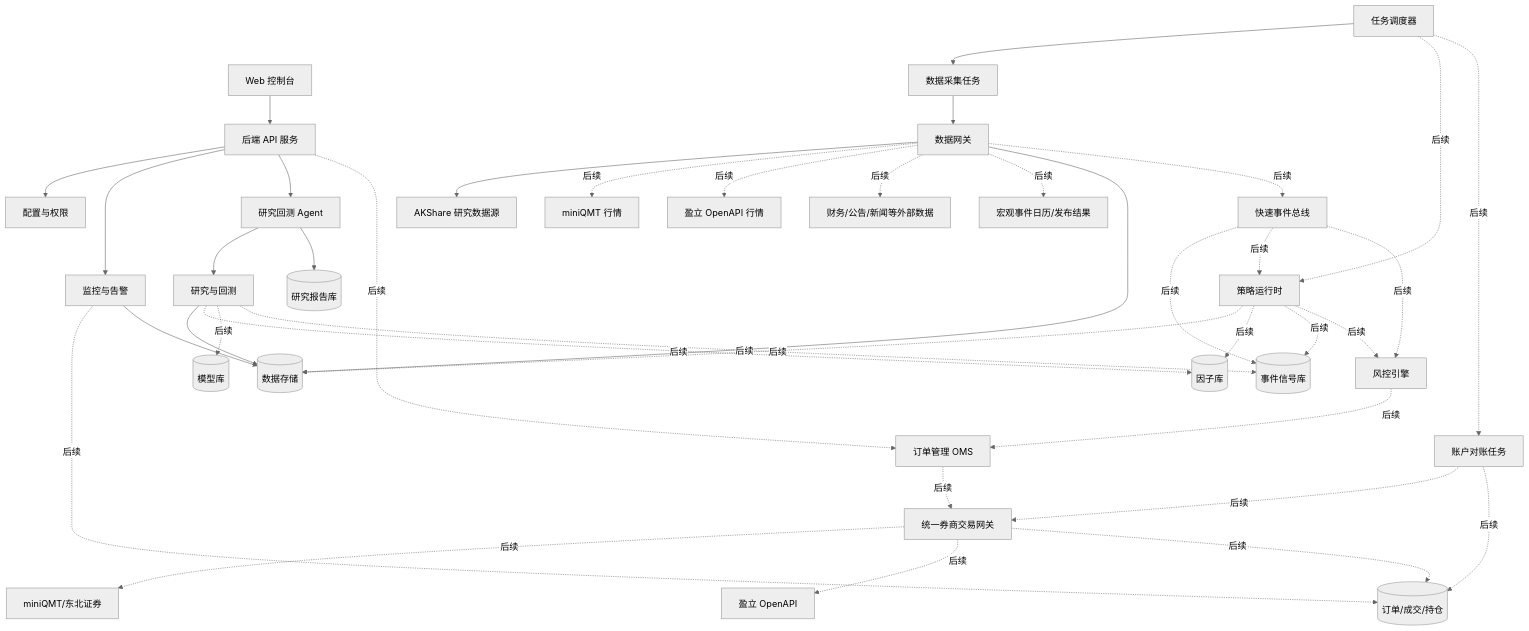
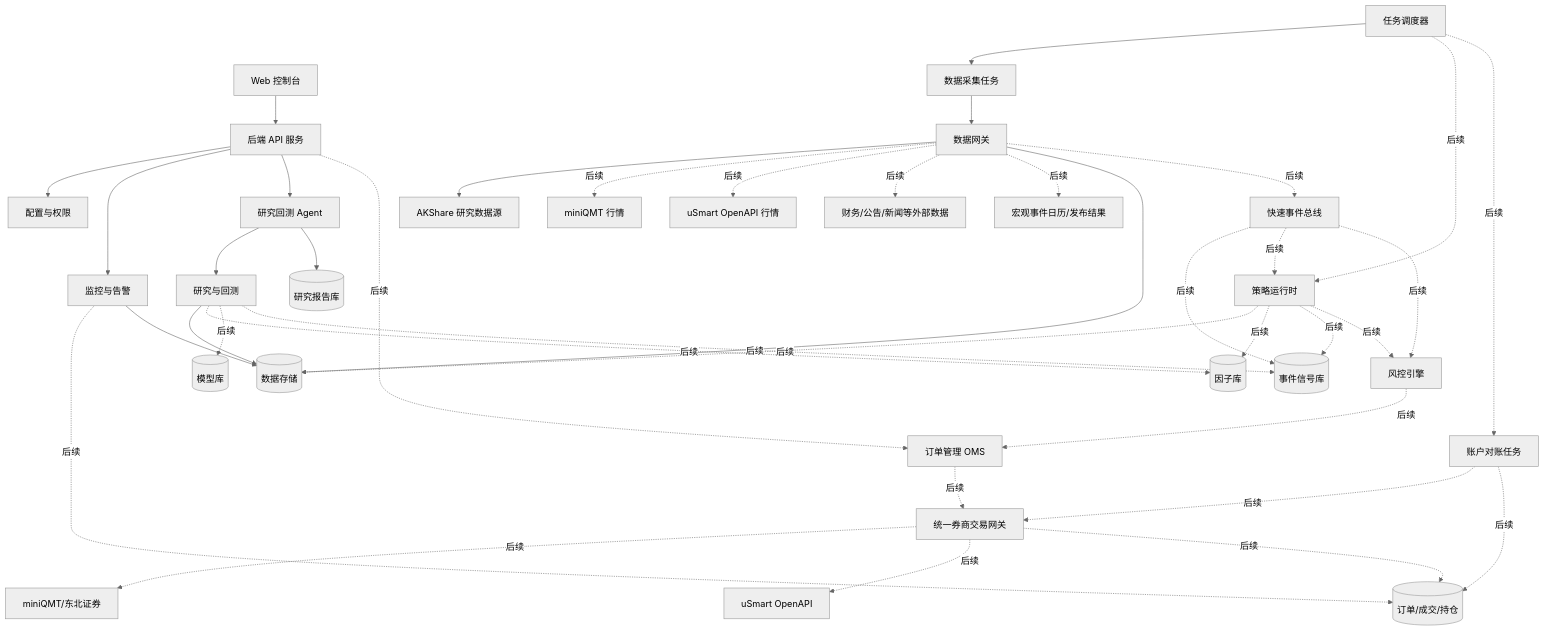
The second of 8 diagrams in docs/00-project/01-architecture.md (lyty1997/Augur_Maestro), drawn with Mermaid (neutral theme) before and after one commit. The commit also changed other lines of this file and 11 other files, not shown here.

Commit message:
fix: 修改‘YingLi’ 为‘uSmart’

````diff
--- a/docs/00-project/01-architecture.md
+++ b/docs/00-project/01-architecture.md
@@ -108,47 +108,47 @@
 ```mermaid
 flowchart TB
     UI[Web 控制台] --> API[后端 API 服务]
     API --> Config[配置与权限]
     API --> Monitor[监控与告警]
     API --> ResearchAgent[研究回测 Agent]
     API -.后续.-> OMS[订单管理 OMS]
 
     Scheduler[任务调度器] --> DataJobs[数据采集任务]
     Scheduler -.后续.-> StrategyRuntime[策略运行时]
     Scheduler -.后续.-> Reconcile[账户对账任务]
 
     DataJobs --> DataGateway[数据网关]
     DataGateway --> AkShareData[AKShare 研究数据源]
     DataGateway -.后续.-> MiniQMTData[miniQMT 行情]
-    DataGateway -.后续.-> YingLiData[盈立 OpenAPI 行情]
+    DataGateway -.后续.-> uSmartData[uSmart OpenAPI 行情]
     DataGateway -.后续.-> ExternalData[财务/公告/新闻等外部数据]
     DataGateway -.后续.-> MacroEvents[宏观事件日历/发布结果]
     DataGateway --> DataStore[(数据存储)]
     DataGateway -.后续.-> FastEventBus[快速事件总线]
 
     ResearchAgent --> Research[研究与回测]
     ResearchAgent --> ReportStore[(研究报告库)]
     Research --> DataStore
     Research -.后续.-> FactorStore[(因子库)]
     Research -.后续.-> ModelStore[(模型库)]
     Research -.后续.-> EventSignalStore[(事件信号库)]
 
     FastEventBus -.后续.-> EventSignalStore
     FastEventBus -.后续.-> StrategyRuntime
     FastEventBus -.后续.-> Risk
     StrategyRuntime -.后续.-> DataStore
     StrategyRuntime -.后续.-> FactorStore
     StrategyRuntime -.后续.-> EventSignalStore
     StrategyRuntime -.后续.-> Risk[风控引擎]
     Risk -.后续.-> OMS
 
     OMS -.后续.-> BrokerGateway[统一券商交易网关]
     BrokerGateway -.后续.-> MiniQMTTrade[miniQMT/东北证券]
-    BrokerGateway -.后续.-> YingLiTrade[盈立 OpenAPI]
+    BrokerGateway -.后续.-> uSmartTrade[uSmart OpenAPI]
     BrokerGateway -.后续.-> OrderStore[(订单/成交/持仓)]
 
     Reconcile -.后续.-> BrokerGateway
     Reconcile -.后续.-> OrderStore
     Monitor -.后续.-> OrderStore
     Monitor --> DataStore
 ```
````
